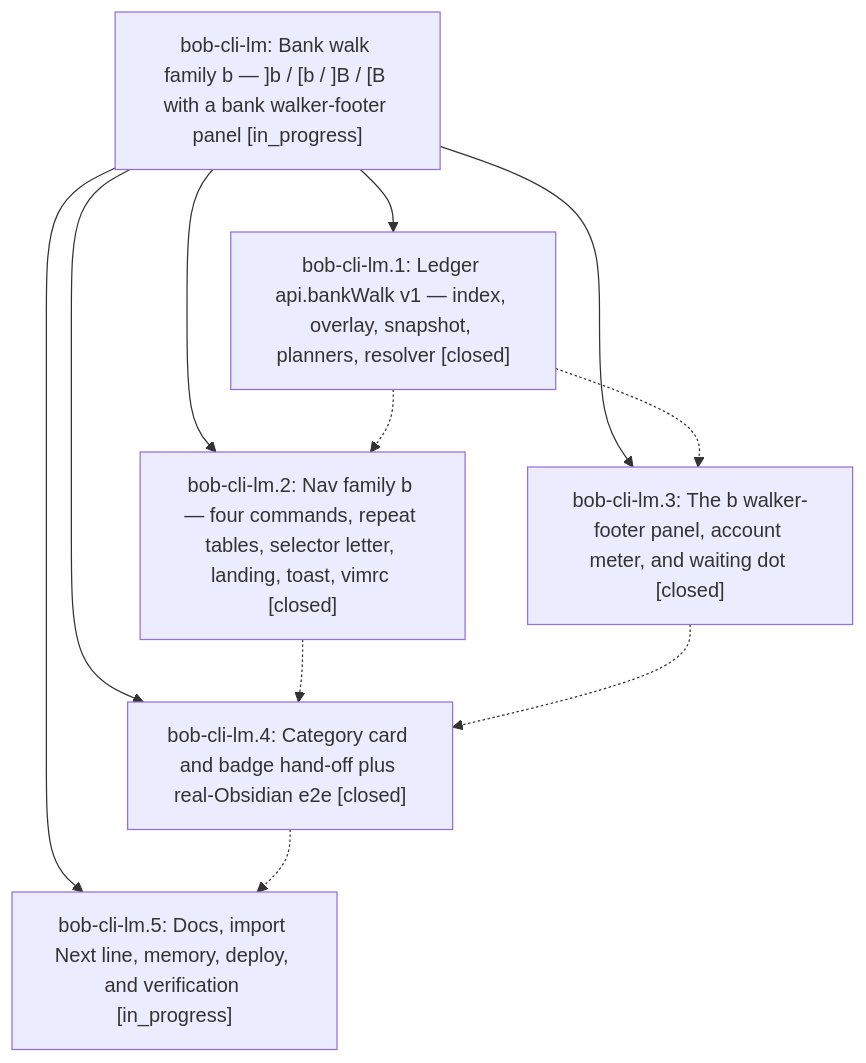
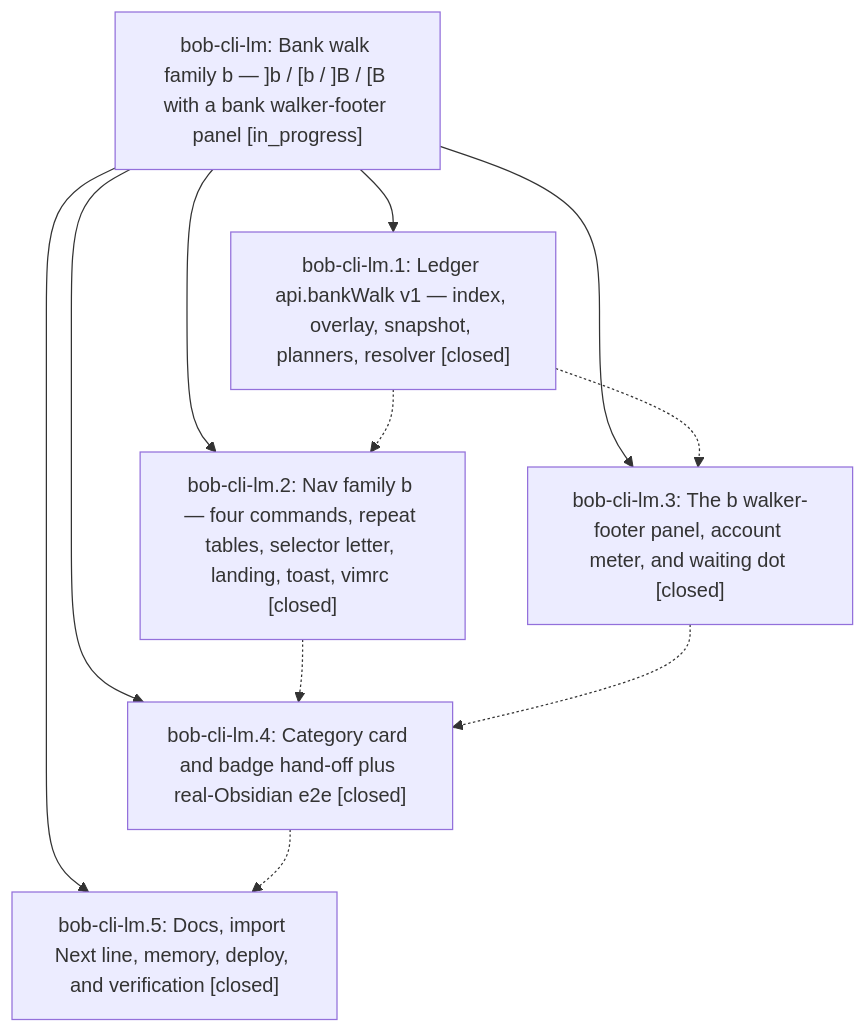
Before and after one commit to bobs-org/bob-cli--beads: the diagram in pages/bob-cli-lm/README.md, drawn with Mermaid. The commit also changed other lines of this file and 2 other files, not shown here.

First line of the commit message:
chore(beads): sync bead state and pages for bob-cli-lm

````diff
--- a/pages/bob-cli-lm/README.md
+++ b/pages/bob-cli-lm/README.md
@@ -40,19 +40,19 @@
 ```mermaid
 flowchart TD
     n0["bob-cli-lm: Bank walk family b — ]b / [b / ]B / [B with a bank walker-footer panel [in_progress]"]
     n1["bob-cli-lm.1: Ledger api.bankWalk v1 — index, overlay, snapshot, planners, resolver [closed]"]
     n2["bob-cli-lm.2: Nav family b — four commands, repeat tables, selector letter, landing, toast, vimrc [closed]"]
     n3["bob-cli-lm.3: The b walker-footer panel, account meter, and waiting dot [closed]"]
     n4["bob-cli-lm.4: Category card and badge hand-off plus real-Obsidian e2e [closed]"]
-    n5["bob-cli-lm.5: Docs, import Next line, memory, deploy, and verification [in_progress]"]
+    n5["bob-cli-lm.5: Docs, import Next line, memory, deploy, and verification [closed]"]
     n0 --> n1
     n0 --> n2
     n0 --> n3
     n0 --> n4
     n0 --> n5
     n1 -.-> n2
     n1 -.-> n3
     n2 -.-> n4
     n3 -.-> n4
     n4 -.-> n5
 ```
````
